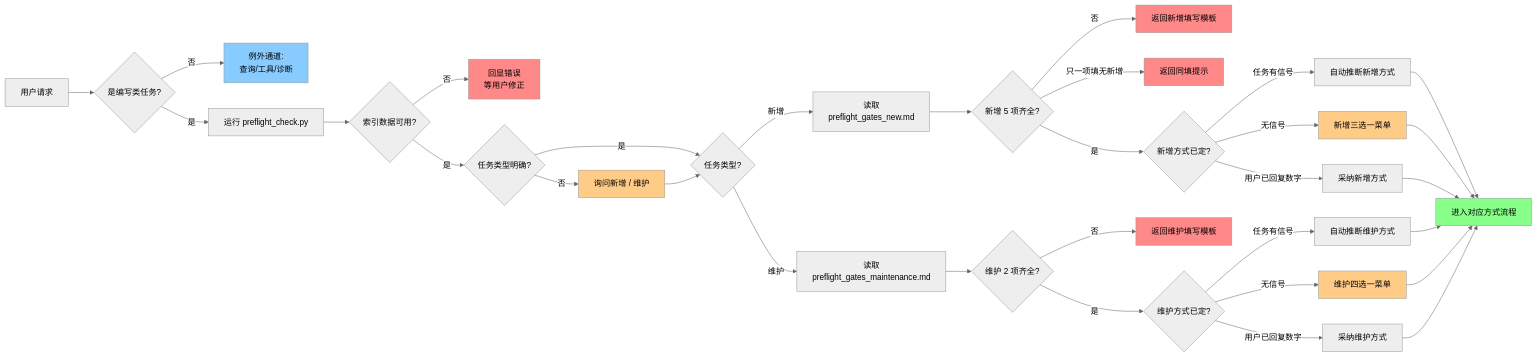
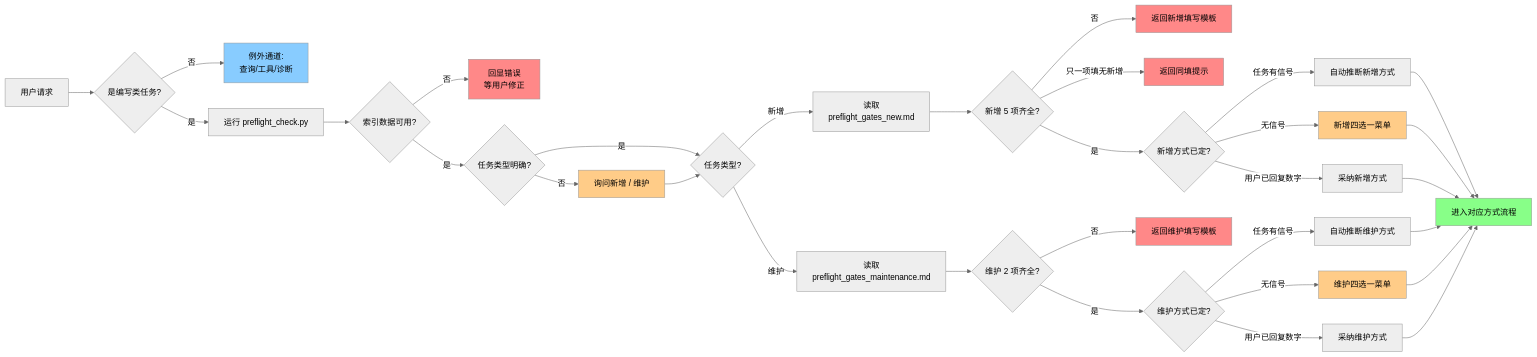
One commit to buer2233/ai-api-test-skill changed the second of 14 diagrams in flow_chart/flow.md. Above: the diagram before and after it, drawn with Mermaid (neutral theme). The commit also changed other lines of this file and 24 other files, not shown here.

````diff
--- a/flow_chart/flow.md
+++ b/flow_chart/flow.md
@@ -90,50 +92,50 @@
 ```mermaid
 flowchart LR
     Q1[用户请求] --> G1{是编写类任务?}
     G1 -- 否 --> PassThru[例外通道:<br/>查询/工具/诊断]
     G1 -- 是 --> G0[运行 preflight_check.py]
     G0 --> G0R{索引数据可用?}
     G0R -- 否 --> G0Fail[回显错误<br/>等用户修正]
     G0R -- 是 --> G1T{任务类型明确?}
 
     G1T -- 否 --> AskType[询问新增 / 维护]
     G1T -- 是 --> TypeRoute{任务类型?}
     AskType --> TypeRoute
 
     TypeRoute -- 新增 --> ReadN[读取<br/>preflight_gates_new.md]
     TypeRoute -- 维护 --> ReadM[读取<br/>preflight_gates_maintenance.md]
 
     ReadN --> NInfo{新增 5 项齐全?}
     NInfo -- 否 --> Ret1[返回新增填写模板]
     NInfo -- 只一项填无新增 --> Ret2[返回同填提示]
     NInfo -- 是 --> NMode{新增方式已定?}
 
     ReadM --> MInfo{维护 2 项齐全?}
     MInfo -- 否 --> RetM[返回维护填写模板]
     MInfo -- 是 --> MMode{维护方式已定?}
 
     NMode -- 任务有信号 --> AutoN[自动推断新增方式]
-    NMode -- 无信号 --> AskN[新增三选一菜单]
+    NMode -- 无信号 --> AskN[新增四选一菜单]
     NMode -- 用户已回复数字 --> TakeN[采纳新增方式]
 
     MMode -- 任务有信号 --> AutoM[自动推断维护方式]
     MMode -- 无信号 --> AskM[维护四选一菜单]
     MMode -- 用户已回复数字 --> TakeM[采纳维护方式]
 
     AutoN --> Go[进入对应方式流程]
     AskN --> Go
     TakeN --> Go
     AutoM --> Go
     AskM --> Go
     TakeM --> Go
 
     style G0Fail fill:#f88
     style Ret1 fill:#f88
     style RetM fill:#f88
     style Ret2 fill:#f88
     style AskType fill:#fc8
     style AskN fill:#fc8
     style AskM fill:#fc8
     style PassThru fill:#8cf
     style Go fill:#8f8
 ```
````
